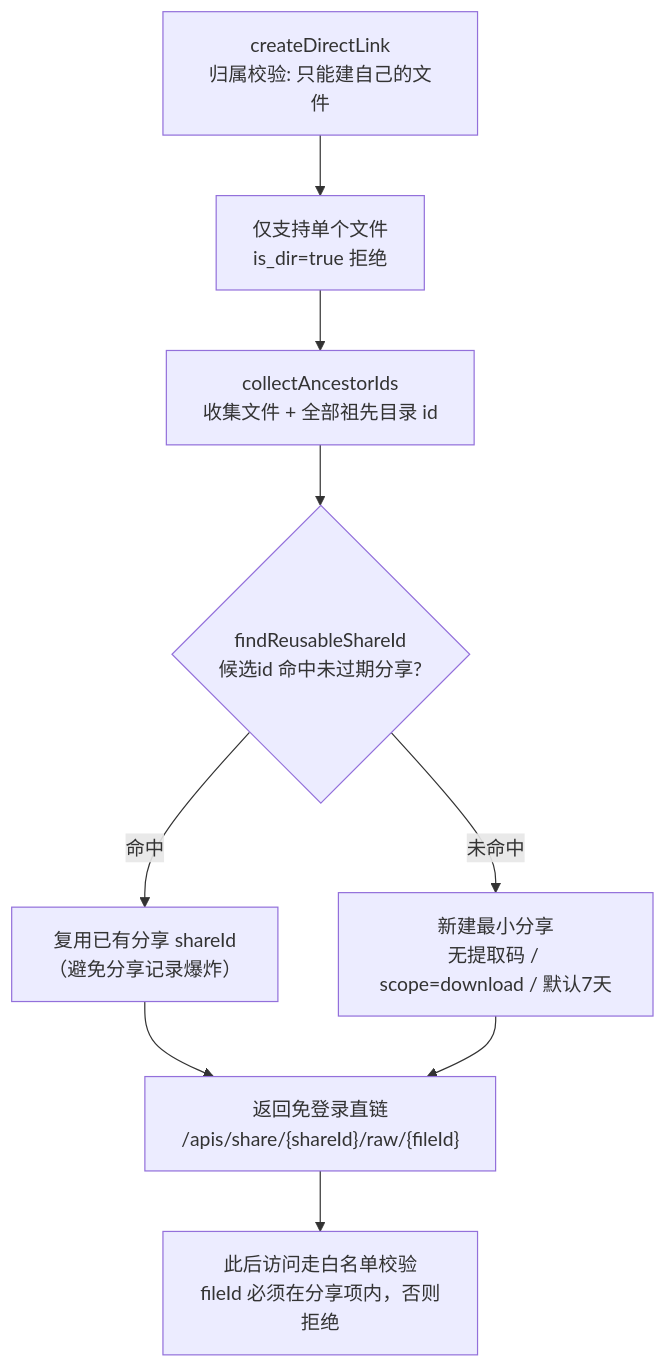
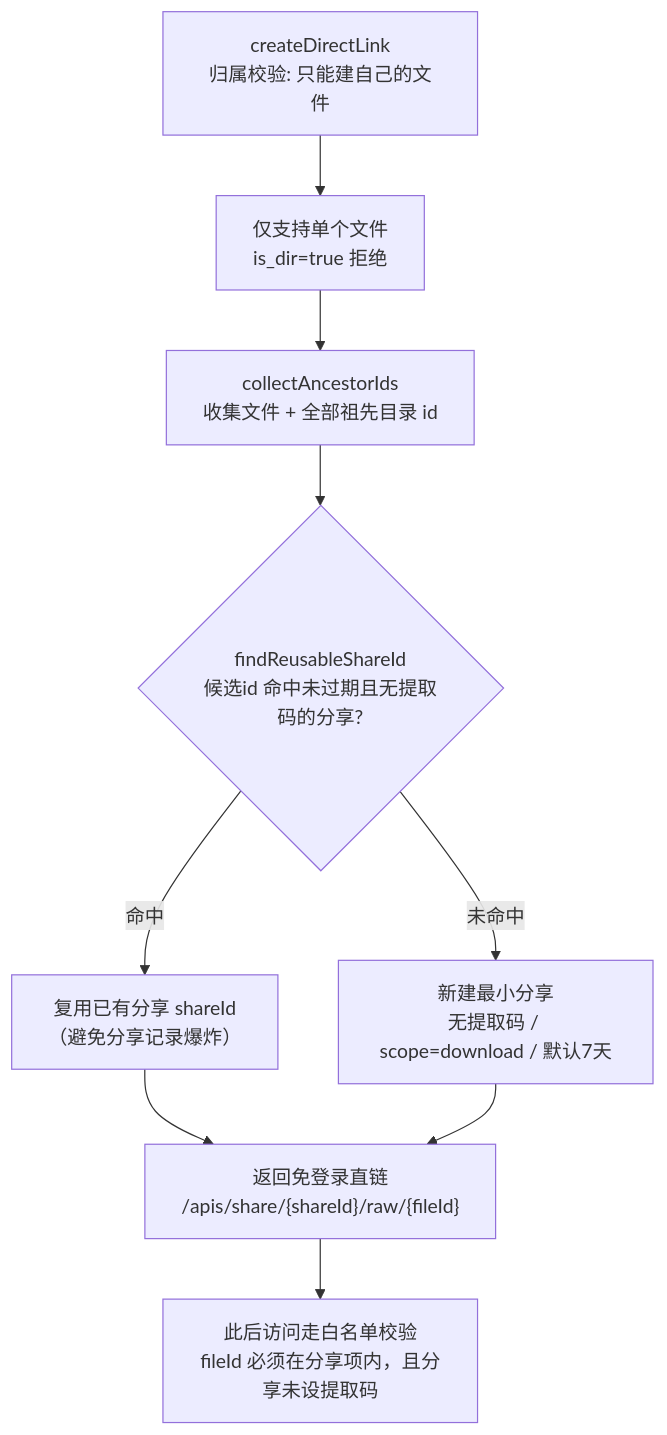
The second of 2 diagrams in doc/07-文件分享与直链设计.md (guangheUlti/gfs), drawn with Mermaid before and after one commit. The commit also changed other lines of this file and 6 other files, not shown here.

````diff
--- a/doc/07-文件分享与直链设计.md
+++ b/doc/07-文件分享与直链设计.md
@@ -246,11 +280,11 @@
 ```mermaid
 flowchart TD
     A["createDirectLink<br/>归属校验: 只能建自己的文件"] --> B["仅支持单个文件<br/>is_dir=true 拒绝"]
     B --> C["collectAncestorIds<br/>收集文件 + 全部祖先目录 id"]
-    C --> D{"findReusableShareId<br/>候选id 命中未过期分享?"}
+    C --> D{"findReusableShareId<br/>候选id 命中未过期且无提取码的分享?"}
     D -- 命中 --> E["复用已有分享 shareId<br/>（避免分享记录爆炸）"]
     D -- 未命中 --> F["新建最小分享<br/>无提取码 / scope=download / 默认7天"]
     E --> G["返回免登录直链<br/>/apis/share/{shareId}/raw/{fileId}"]
     F --> G
-    G --> H["此后访问走白名单校验<br/>fileId 必须在分享项内，否则拒绝"]
+    G --> H["此后访问走白名单校验<br/>fileId 必须在分享项内，且分享未设提取码"]
 ```
````
